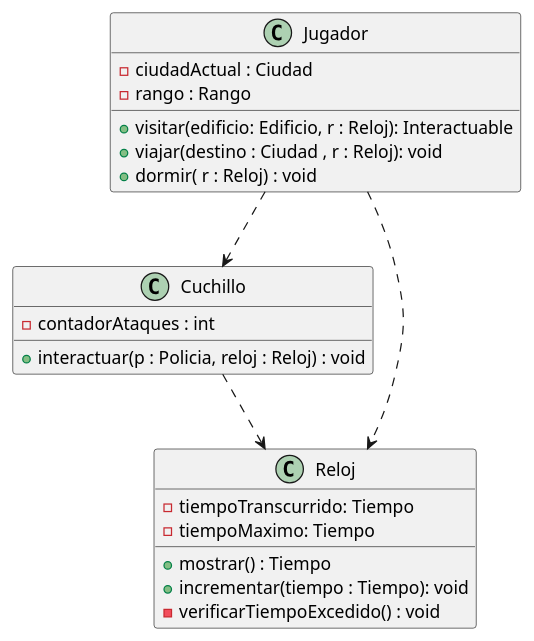
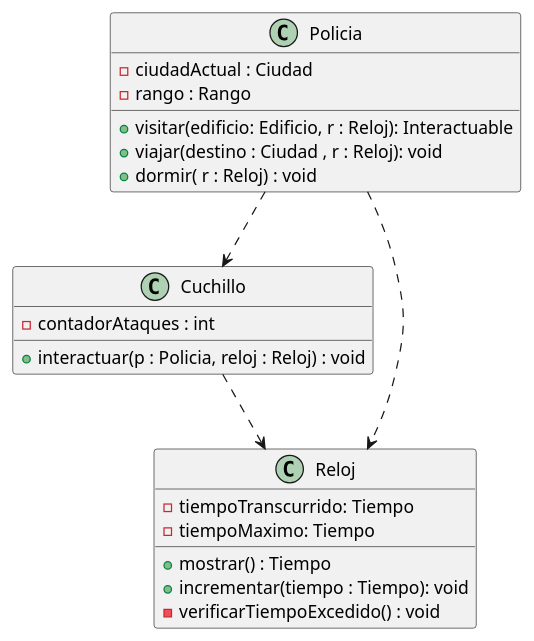
The diagram in diagrams/classes/diagrama_clases_cuchillo.puml (martinanus/algo3_tp2), drawn with PlantUML before and after one commit. The commit also changed 4 other files, not shown here.

Commit message:
Se actualizan diagramas UML

```diff
--- a/diagrams/classes/diagrama_clases_cuchillo.puml
+++ b/diagrams/classes/diagrama_clases_cuchillo.puml
@@ -1,38 +1,38 @@
 @startuml
 
-Jugador ..> Cuchillo
-Jugador ..> Reloj
+Policia ..> Cuchillo
+Policia ..> Reloj
 Cuchillo ..> Reloj
 
 
 
 
  class Cuchillo{
     - contadorAtaques : int
      + interactuar(p : Policia, reloj : Reloj) : void
 }
 
 
 
 
 
-class Jugador {
+class Policia {
     - ciudadActual : Ciudad
     - rango : Rango
     + visitar(edificio: Edificio, r : Reloj): Interactuable
     + viajar(destino : Ciudad , r : Reloj): void
     + dormir( r : Reloj) : void
 }
 
 
 
 class Reloj{
     - tiempoTranscurrido: Tiempo
     - tiempoMaximo: Tiempo
     + mostrar() : Tiempo
     + incrementar(tiempo : Tiempo): void
     - verificarTiempoExcedido() : void
 }
 
 
 @enduml
```
